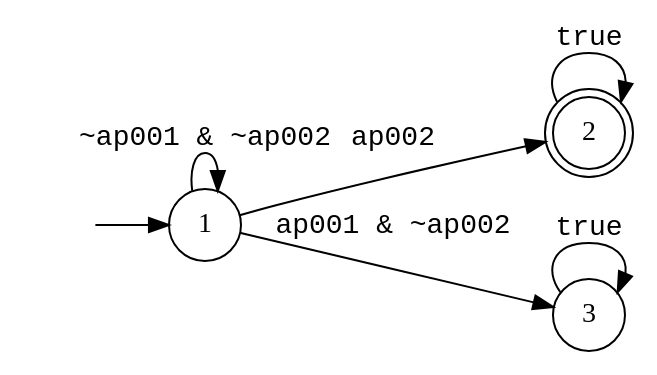
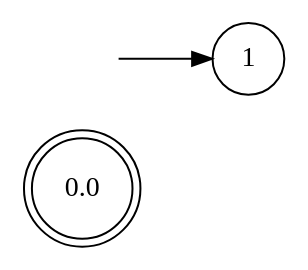
The diagram in cais_spade_llm/safety/SAFE_1_dfa.dot (cais-psu/cais-spade-llm), drawn with Graphviz before and after one commit. The commit also changed 44 other files, not shown here.

```diff
--- a/cais_spade_llm/safety/SAFE_1_dfa.dot
+++ b/cais_spade_llm/safety/SAFE_1_dfa.dot
@@ -1,16 +1,11 @@
 digraph MONA_DFA {
  rankdir = LR;
  center = true;
  size = "7.5,10.5";
  edge [fontname = Courier];
  node [height = .5, width = .5];
- node [shape = doublecircle]; 2;
+ node [shape = doublecircle]; 0.0;
  node [shape = circle]; 1;
  init [shape = plaintext, label = ""];
  init -> 1;
- 1 -> 1 [label="~ap001 & ~ap002"];
- 1 -> 2 [label="ap002"];
- 1 -> 3 [label="ap001 & ~ap002"];
- 2 -> 2 [label="true"];
- 3 -> 3 [label="true"];
 }
```
